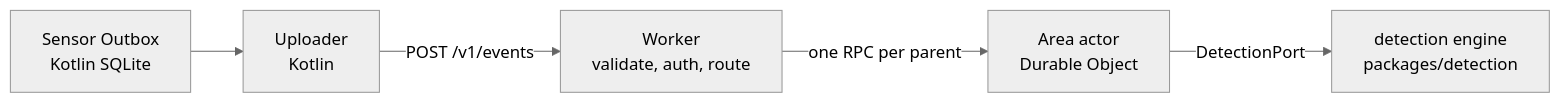
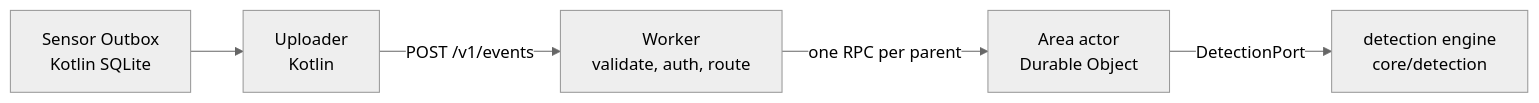
One commit to 3akare/outage changed the first of 6 diagrams in .kiro/specs/event-ingest/design.md. Above: the diagram before and after it, drawn with Mermaid (neutral theme). The commit also changed other lines of this file and 676 other files, not shown here.

````diff
--- a/.kiro/specs/event-ingest/design.md
+++ b/.kiro/specs/event-ingest/design.md
@@ -9,7 +9,7 @@
 ```mermaid
 flowchart LR
     S[Sensor Outbox<br/>Kotlin SQLite] --> U[Uploader<br/>Kotlin]
     U -->|POST /v1/events| W[Worker<br/>validate, auth, route]
     W -->|one RPC per parent| C[Area actor<br/>Durable Object]
-    C -->|DetectionPort| D[detection engine<br/>packages/detection]
+    C -->|DetectionPort| D[detection engine<br/>core/detection]
 ```
````
